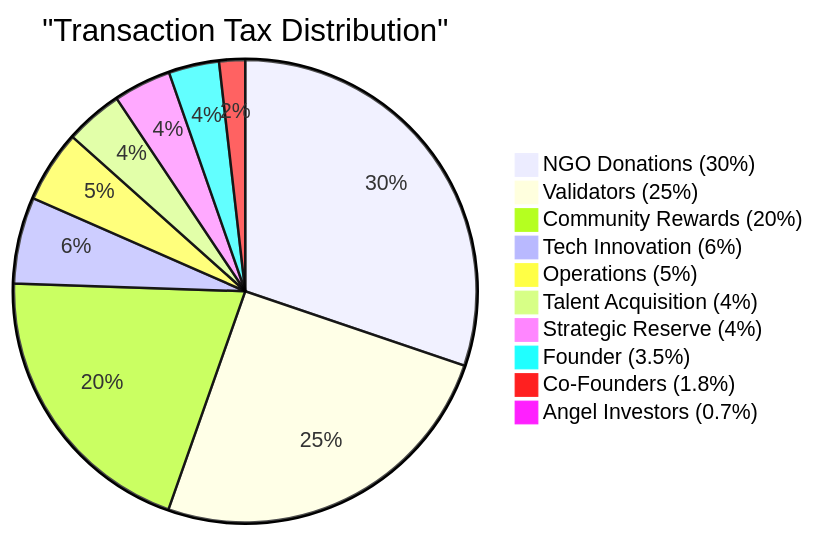
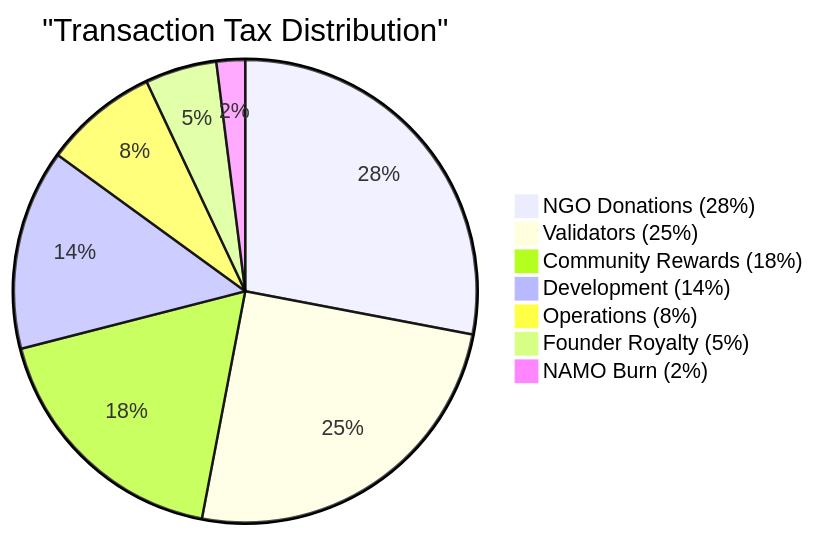
One commit to DeshChain/DeshChain-Ecosystem changed the second of 9 diagrams in docs/modules/TAX_MODULE.md. Above: the diagram before and after it, drawn with Mermaid. The commit also changed other lines of this file and 32 other files, not shown here.

````diff
--- a/docs/modules/TAX_MODULE.md
+++ b/docs/modules/TAX_MODULE.md
@@ -52,13 +57,10 @@
 ```mermaid
 pie title "Transaction Tax Distribution"
-    "NGO Donations (30%)" : 30
+    "NGO Donations (28%)" : 28
     "Validators (25%)" : 25
-    "Community Rewards (20%)" : 20
-    "Tech Innovation (6%)" : 6
-    "Operations (5%)" : 5
-    "Talent Acquisition (4%)" : 4
-    "Strategic Reserve (4%)" : 4
-    "Founder (3.5%)" : 3.5
-    "Co-Founders (1.8%)" : 1.8
-    "Angel Investors (0.7%)" : 0.7
+    "Community Rewards (18%)" : 18
+    "Development (14%)" : 14
+    "Operations (8%)" : 8
+    "Founder Royalty (5%)" : 5
+    "NAMO Burn (2%)" : 2
 ```
````
